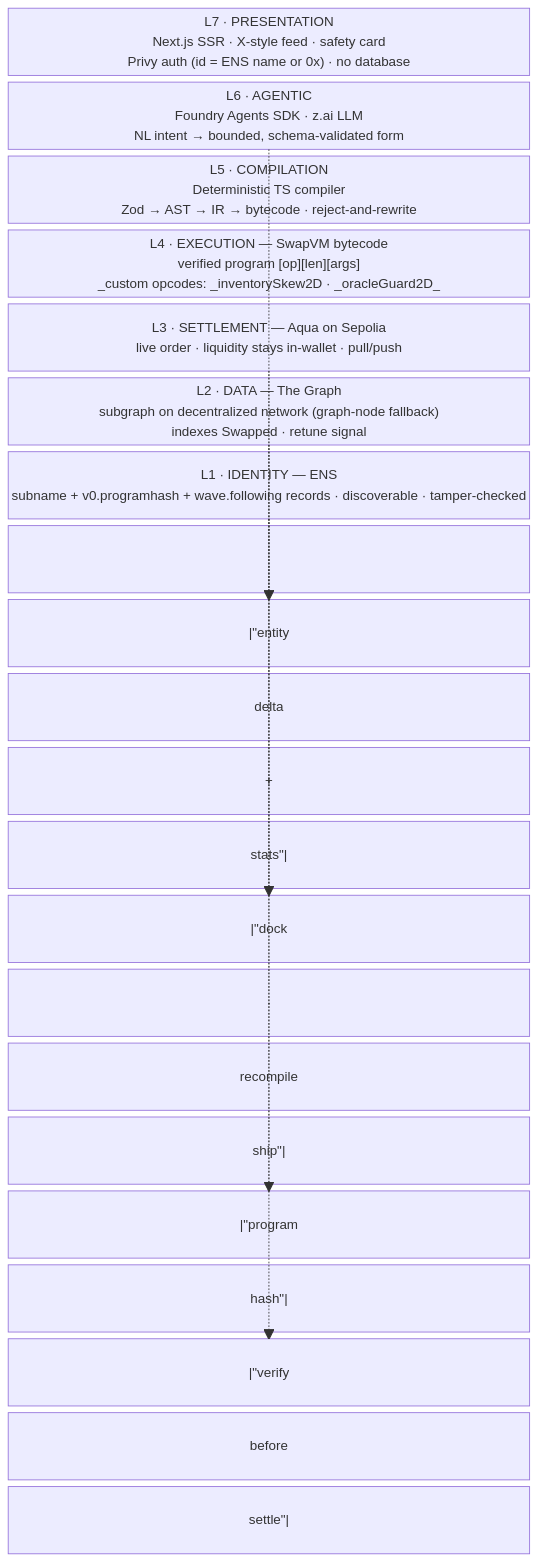
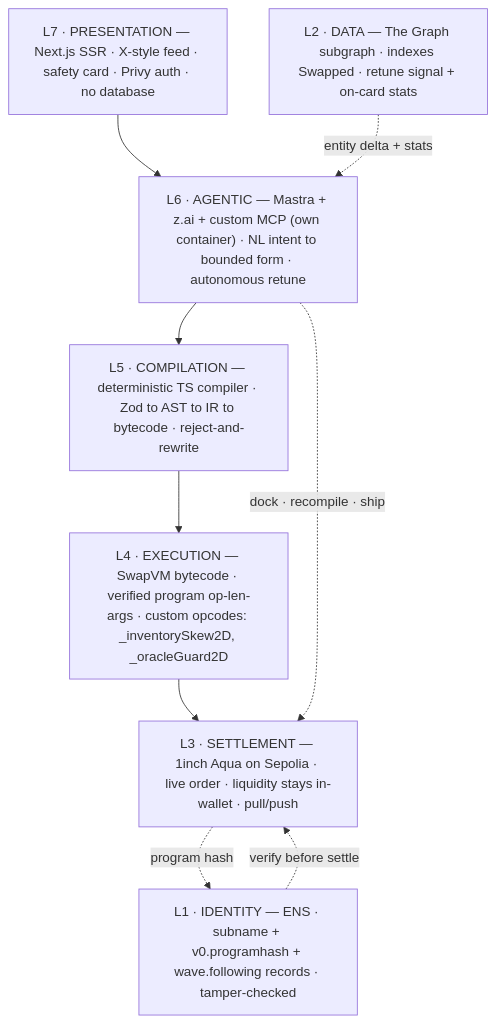
The first of 3 diagrams in README.md (ppezzull/wave), drawn with Mermaid before and after one commit. The commit also changed other lines of this file and 1 other file, not shown here.

````diff
--- a/README.md
+++ b/README.md
@@ -19,18 +37,19 @@
 ```mermaid
-block-beta
-    columns 1
+graph TB
+    L7["L7 · PRESENTATION — Next.js SSR · X-style feed · safety card · Privy auth · no database"]
+    L6["L6 · AGENTIC — Mastra + z.ai + custom MCP (own container) · NL intent to bounded form · autonomous retune"]
+    L5["L5 · COMPILATION — deterministic TS compiler · Zod to AST to IR to bytecode · reject-and-rewrite"]
+    L4["L4 · EXECUTION — SwapVM bytecode · verified program op-len-args · custom opcodes: _inventorySkew2D, _oracleGuard2D"]
+    L3["L3 · SETTLEMENT — 1inch Aqua on Sepolia · live order · liquidity stays in-wallet · pull/push"]
+    L2["L2 · DATA — The Graph subgraph · indexes Swapped · retune signal + on-card stats"]
+    L1["L1 · IDENTITY — ENS · subname + v0.programhash + wave.following records · tamper-checked"]
 
-    L7["L7 · PRESENTATION\nNext.js SSR · X-style feed · safety card\nPrivy auth (id = ENS name or 0x) · no database"]
-    L6["L6 · AGENTIC\nFoundry Agents SDK · z.ai LLM\nNL intent → bounded, schema-validated form"]
-    L5["L5 · COMPILATION\nDeterministic TS compiler\nZod → AST → IR → bytecode · reject-and-rewrite"]
-    L4["L4 · EXECUTION — SwapVM bytecode\nverified program [op][len][args]\n_custom opcodes: _inventorySkew2D · _oracleGuard2D_"]
-    L3["L3 · SETTLEMENT — Aqua on Sepolia\nlive order · liquidity stays in-wallet · pull/push"]
-    L2["L2 · DATA — The Graph\nsubgraph on decentralized network (graph-node fallback)\nindexes Swapped · retune signal"]
-    L1["L1 · IDENTITY — ENS\nsubname + v0.programhash + wave.following records · discoverable · tamper-checked"]
-
-    L7 --> L6 --> L5 --> L4 --> L3
-    L2 -.->|"entity delta + stats"| L6
-    L6 -.->|"dock · recompile · ship"| L3
-    L3 -.->|"program hash"| L1
-    L1 -.->|"verify before settle"| L3
+    L7 --> L6
+    L6 --> L5
+    L5 --> L4
+    L4 --> L3
+    L2 -. "entity delta + stats" .-> L6
+    L6 -. "dock · recompile · ship" .-> L3
+    L3 -. "program hash" .-> L1
+    L1 -. "verify before settle" .-> L3
 ```
````
